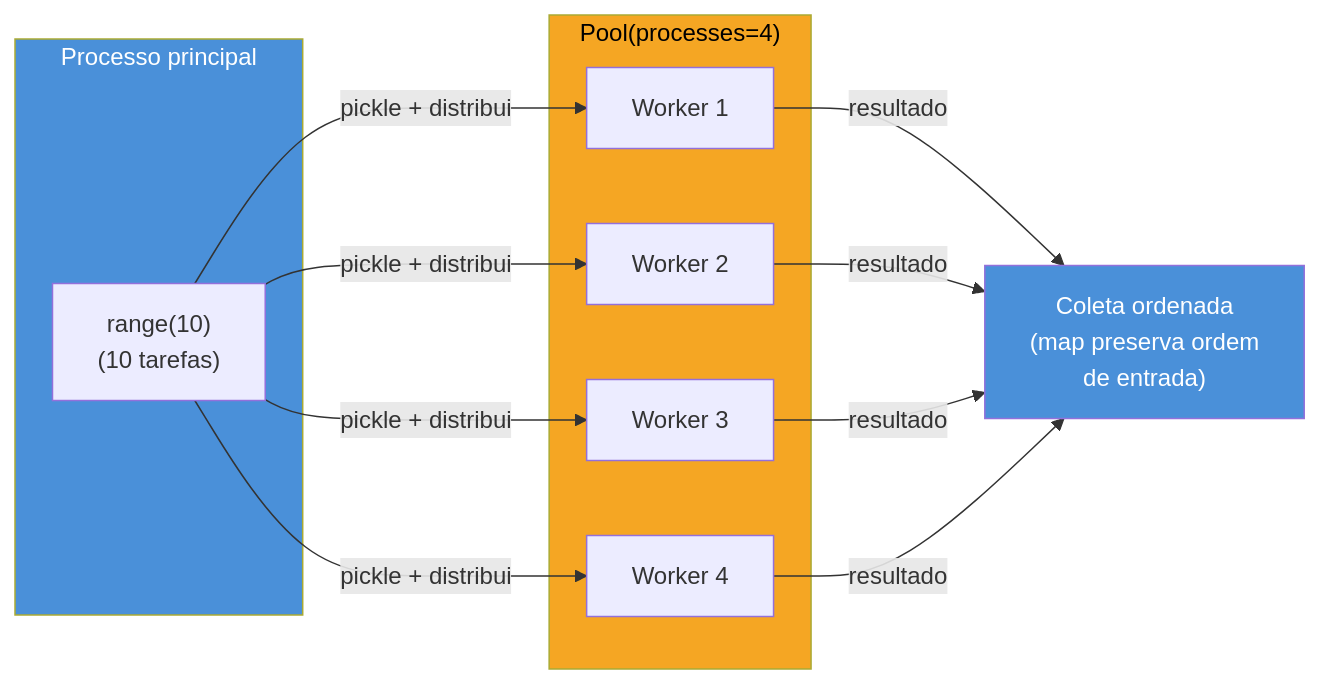
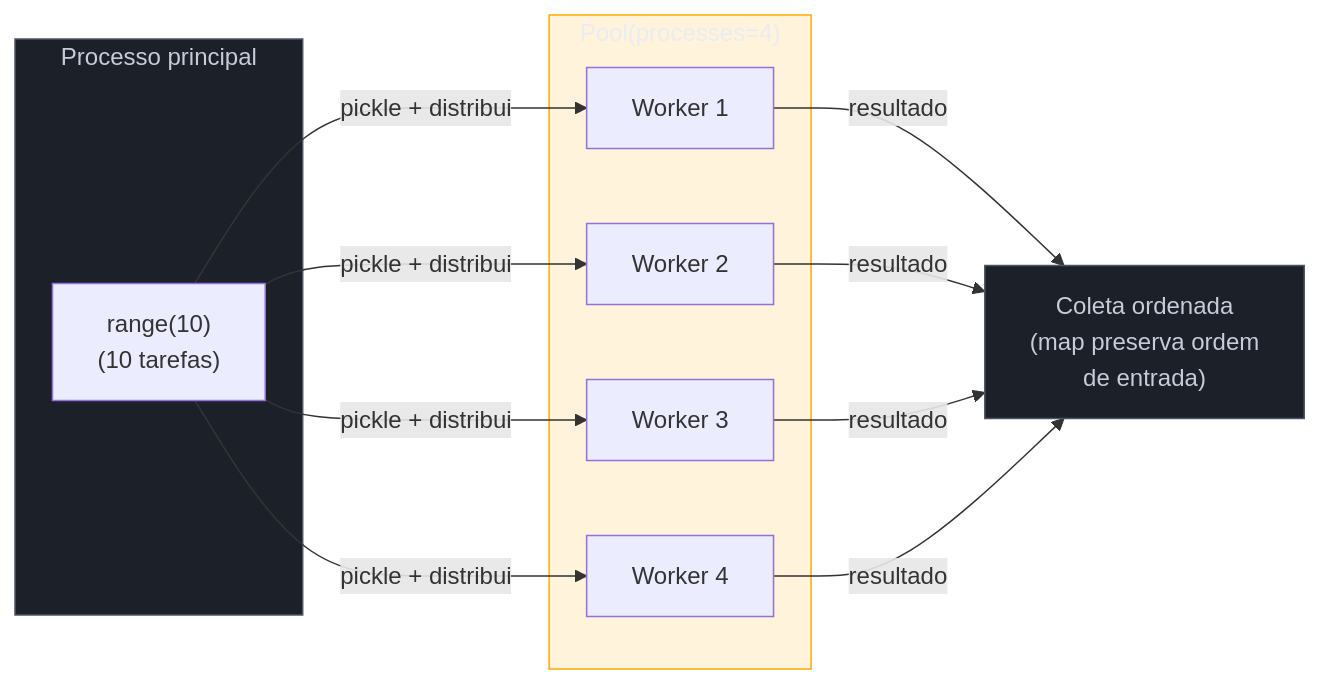
Before and after one commit to josenaldo/codex-technomanticus: the first of 5 diagrams in 03-Dominios/Tecnologia/Python/Concorrência e paralelismo/04 - multiprocessing na prática — Pool, ProcessPoolExecutor e orquestração.md, drawn with Mermaid. The commit also changed other lines of this file and 1181 other files, not shown here.

First line of the commit message:
fix(diagramas): paleta do sistema no lugar de cor cravada no markdown

````diff
--- a/03-Dominios/Tecnologia/Python/Concorrência e paralelismo/04 - multiprocessing na prática — Pool, ProcessPoolExecutor e orquestração.md
+++ b/03-Dominios/Tecnologia/Python/Concorrência e paralelismo/04 - multiprocessing na prática — Pool, ProcessPoolExecutor e orquestração.md
@@ -90,27 +90,29 @@
 ```mermaid
 flowchart LR
+    classDef neutro fill:#1B2029,stroke:#4E5666,color:#C6CCD8
+    classDef destaque fill:#FFAA0024,stroke:#FFAA00,color:#E9ECF2
     subgraph Main["Processo principal"]
         Tasks["range(10)\n(10 tarefas)"]
     end
 
     subgraph Pool["Pool(processes=4)"]
         W1["Worker 1"]
         W2["Worker 2"]
         W3["Worker 3"]
         W4["Worker 4"]
     end
 
     Tasks -->|"pickle + distribui"| W1
     Tasks -->|"pickle + distribui"| W2
     Tasks -->|"pickle + distribui"| W3
     Tasks -->|"pickle + distribui"| W4
 
     W1 -->|"resultado"| Collect["Coleta ordenada\n(map preserva ordem\nde entrada)"]
     W2 -->|"resultado"| Collect
     W3 -->|"resultado"| Collect
     W4 -->|"resultado"| Collect
 
-    style Main fill:#4A90D9,color:#fff
-    style Pool fill:#F5A623,color:#000
-    style Collect fill:#4A90D9,color:#fff
+    class Main neutro
+    class Pool destaque
+    class Collect neutro
 ```
````
